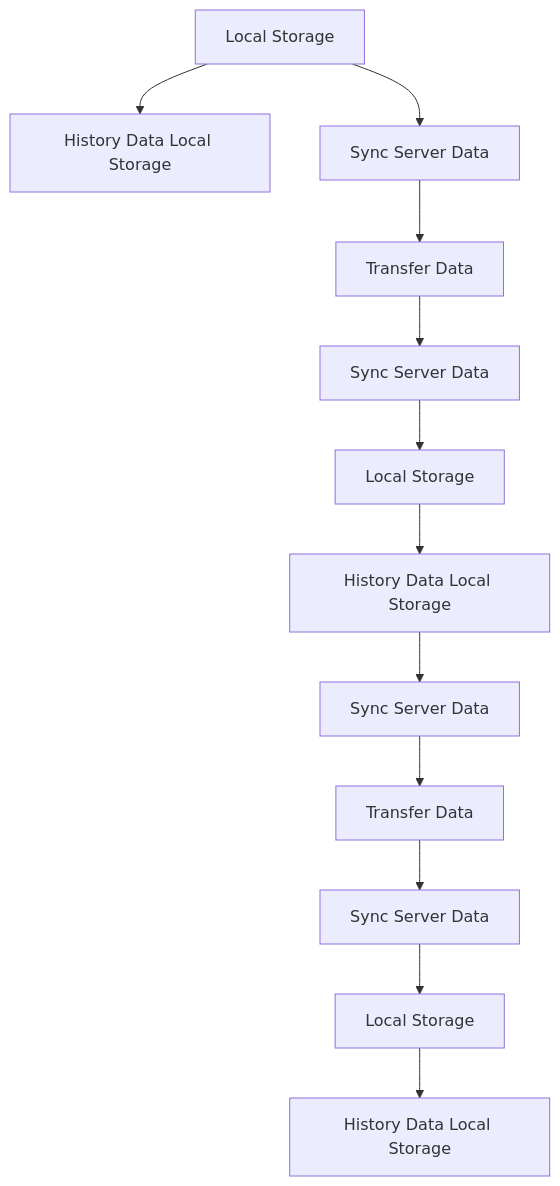
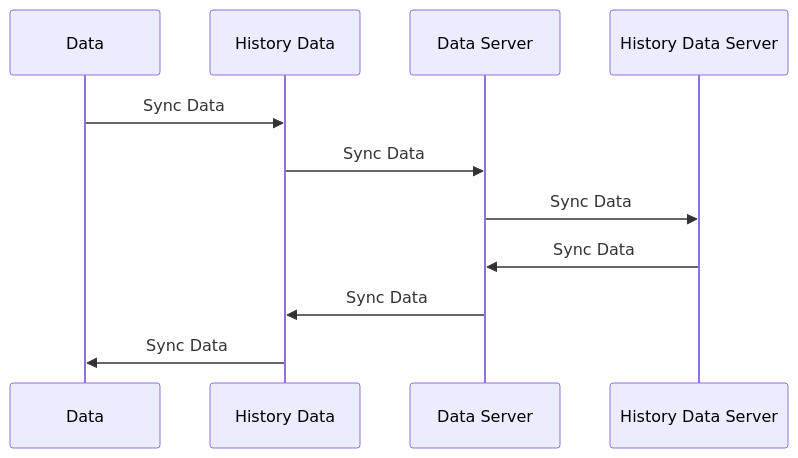
One commit to chuongmep/TestSQLiteSync changed the diagram in Readme.md. Above: the diagram before and after it, drawn with Mermaid.

````diff
--- a/Readme.md
+++ b/Readme.md
@@ -6,14 +6,14 @@
 ```mermaid
-graph TD
-    A[Local Storage] --> B[History Data Local Storage]
-    A --> C[Sync Server Data]
-    C --> D[Transfer Data]
-    D --> E[Sync Server Data]
-    E --> F[Local Storage]
-    F --> G[History Data Local Storage]
-    G --> H[Sync Server Data]
-    H --> I[Transfer Data]
-    I --> J[Sync Server Data]
-    J --> K[Local Storage]
-    K --> L[History Data Local Storage]
+sequenceDiagram
+    participant A as Data
+    participant B as History Data
+    participant C as Data Server
+    participant D as History Data Server
+    A->>B: Sync Data
+    B->>C: Sync Data
+    C->>D: Sync Data
+    D->>C: Sync Data
+    C->>B: Sync Data
+    B->>A: Sync Data
+    
 ```
````
